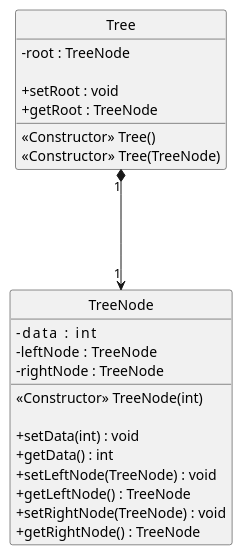
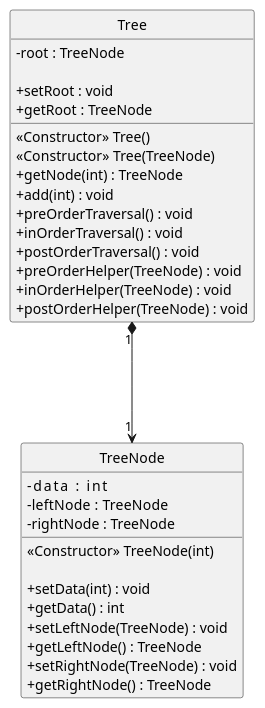
One commit to mapiashire/SDNL changed the diagram in src/Tree/Diagram.puml. Above: the diagram before and after it, drawn with PlantUML. The commit also changed 2 other files, not shown here.

```diff
--- a/src/Tree/Diagram.puml
+++ b/src/Tree/Diagram.puml
@@ -1,32 +1,41 @@
 @startuml
 'https://plantuml.com/class-diagram
 
 hide circle
 skinparam ClassAttributeIconSize 0
 
 class Tree{
     -root : TreeNode
     <<Constructor>> Tree()
     <<Constructor>> Tree(TreeNode)
 
     +setRoot : void
     +getRoot : TreeNode
+
+    +getNode(int) : TreeNode
+    +add(int) : void
+    +preOrderTraversal() : void
+    +inOrderTraversal() : void
+    +postOrderTraversal() : void
+    +preOrderHelper(TreeNode) : void
+    +inOrderHelper(TreeNode) : void
+    +postOrderHelper(TreeNode) : void
 }
 
 class TreeNode{
     -data      : int
     -leftNode  : TreeNode
     -rightNode : TreeNode
     <<Constructor>> TreeNode(int)
 
     +setData(int) : void
     +getData() : int
     +setLeftNode(TreeNode) : void
     +getLeftNode() : TreeNode
     +setRightNode(TreeNode) : void
     +getRightNode() : TreeNode
 }
 
 Tree "1" *===> "1" TreeNode
 
 @enduml
```
